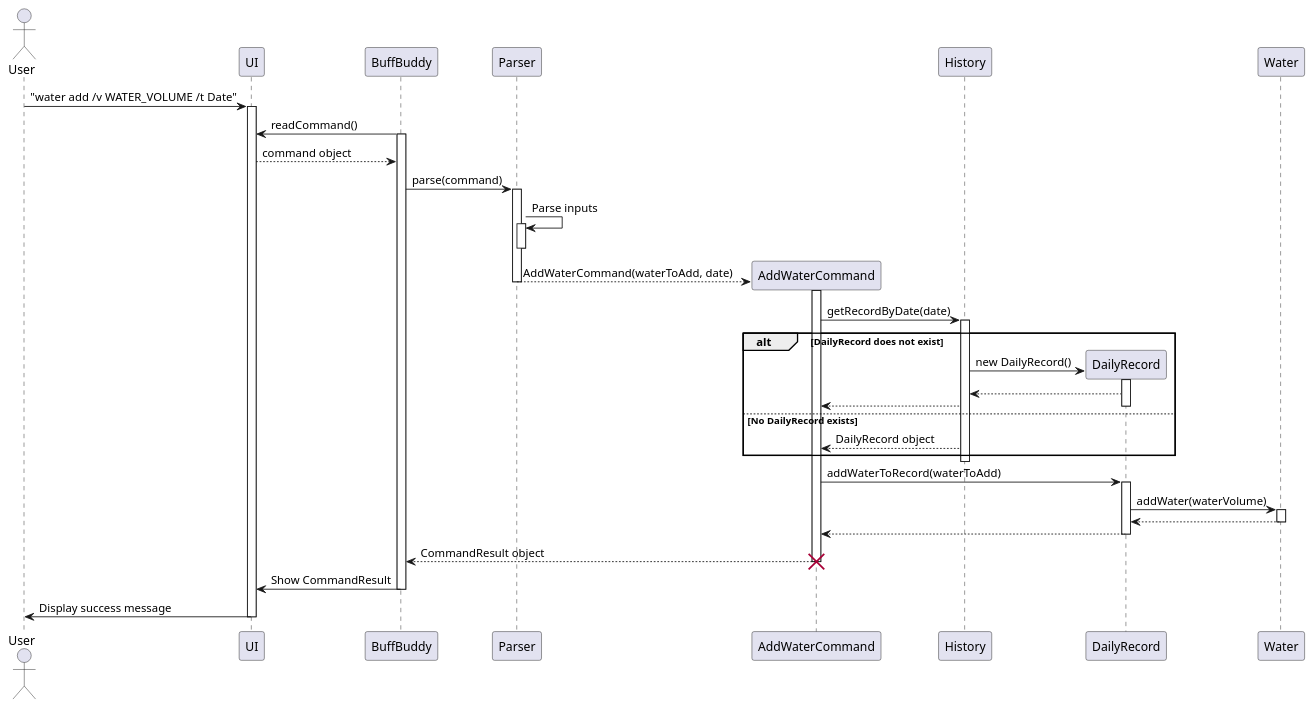
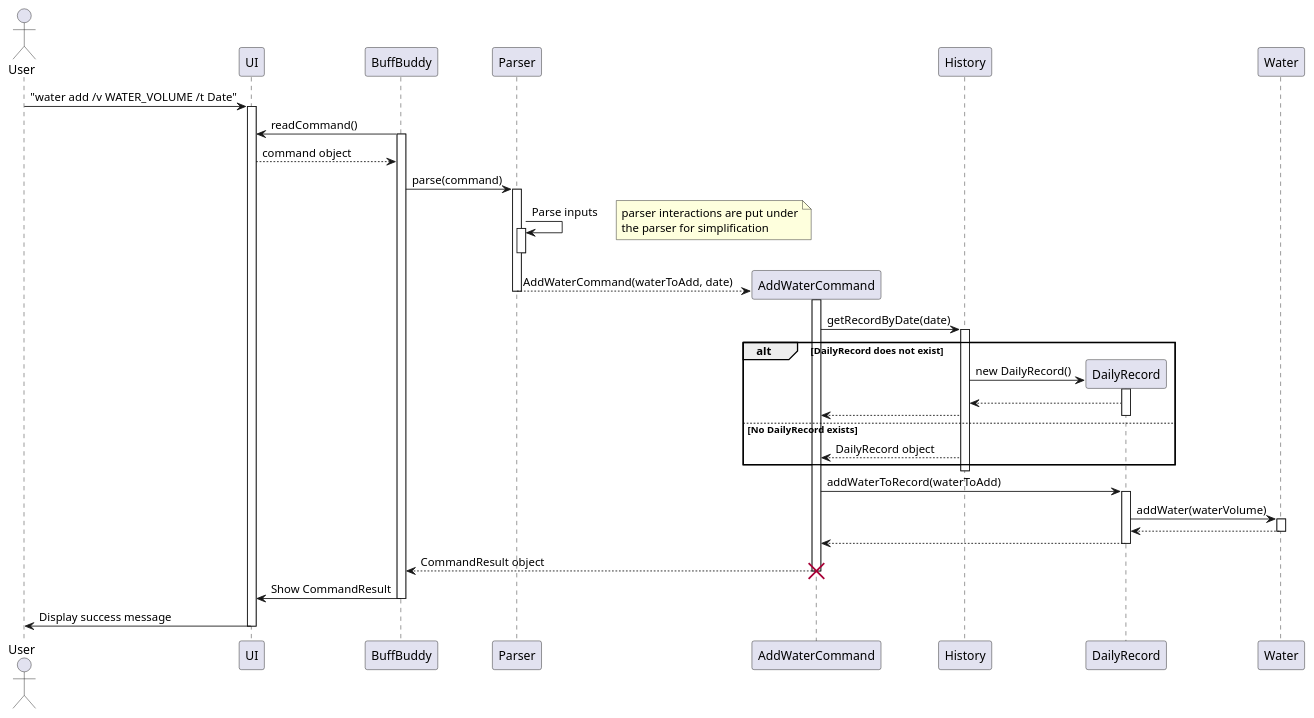
One commit to nus-cs2113-AY2425S1/tp changed the diagram in docs/diagrams/addWaterSequenceDiagram.puml. Above: the diagram before and after it, drawn with PlantUML. The commit also changed 1 other file, not shown here.

```diff
--- a/docs/diagrams/addWaterSequenceDiagram.puml
+++ b/docs/diagrams/addWaterSequenceDiagram.puml
@@ -1,63 +1,67 @@
 @startuml
 actor User
 participant "UI" as UI
 participant "BuffBuddy" as BB
 participant "Parser" as Parser
 participant "AddWaterCommand" as AddCmd
 participant "History" as History
 participant "DailyRecord" as DailyRec
 
 User -> UI: "water add /v WATER_VOLUME /t Date"
 activate UI
 BB -> UI: readCommand()
 activate BB
 UI --> BB: command object
 BB -> Parser: parse(command)
 activate Parser
 Parser -> Parser : Parse inputs
+note right
+parser interactions are put under
+the parser for simplification
+end note
 activate Parser
 deactivate Parser
 create AddCmd
 Parser --> AddCmd: AddWaterCommand(waterToAdd, date)
 deactivate Parser
 
 activate AddCmd
 
 AddCmd -> History: getRecordByDate(date)
 activate History
 
 alt DailyRecord does not exist
   create DailyRec
   History -> DailyRec: new DailyRecord()
   activate DailyRec
   DailyRec --> History
   History --> AddCmd
   deactivate DailyRec
 else No DailyRecord exists
   History --> AddCmd: DailyRecord object
 end
 deactivate History
 
 AddCmd -> DailyRec: addWaterToRecord(waterToAdd)
 activate DailyRec
 
 DailyRec -> Water : addWater(waterVolume)
 activate Water
 
 Water --> DailyRec
 deactivate Water
 
 
 DailyRec --> AddCmd
 deactivate DailyRec
 
 AddCmd --> BB: CommandResult object
 deactivate AddCmd
 destroy AddCmd
 
 BB -> UI: Show CommandResult
 deactivate BB
 
 UI -> User: Display success message
 deactivate UI
 @enduml
```
